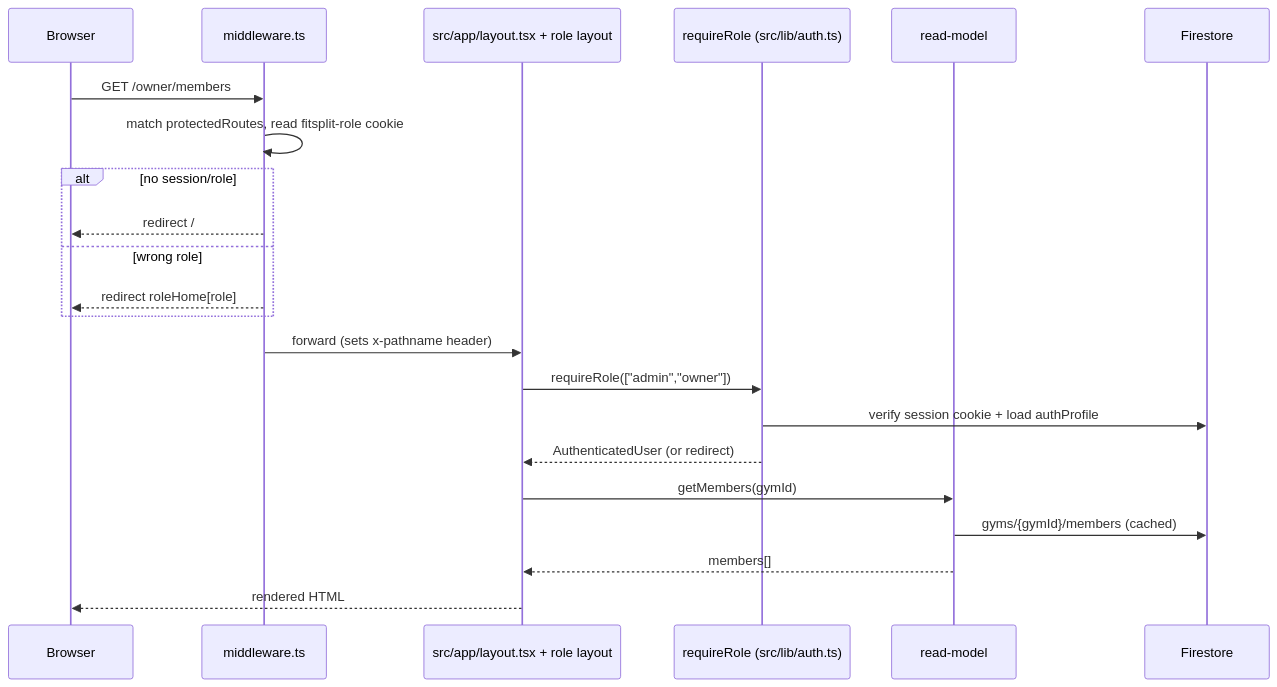
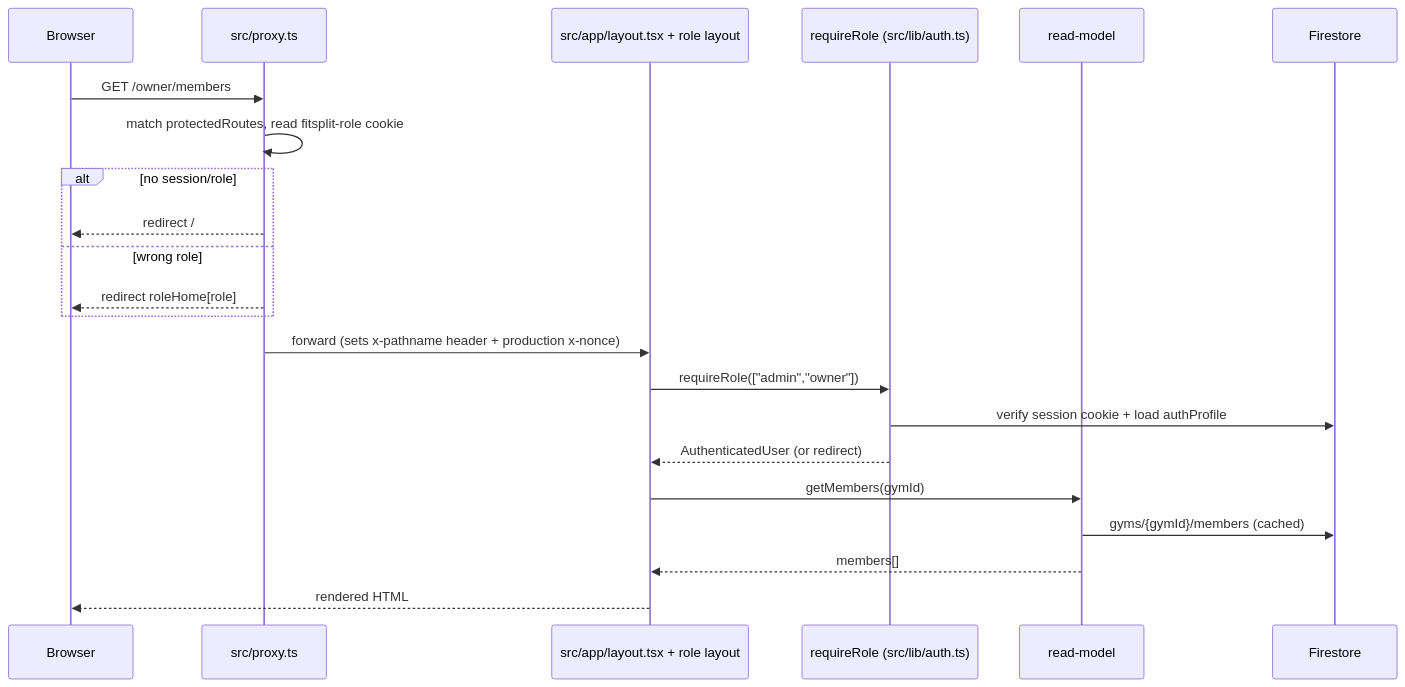
The second of 2 diagrams in docs/01_ARCHITECTURE.md (mehulchirania/FitSplit), drawn with Mermaid before and after one commit. The commit also changed other lines of this file and 42 other files, not shown here.

````diff
--- a/docs/01_ARCHITECTURE.md
+++ b/docs/01_ARCHITECTURE.md
@@ -82,24 +86,24 @@
 ```mermaid
 sequenceDiagram
   participant B as Browser
-  participant MW as middleware.ts
+  participant PX as src/proxy.ts
   participant L as src/app/layout.tsx + role layout
   participant G as requireRole (src/lib/auth.ts)
   participant RM as read-model
   participant FS as Firestore
-  B->>MW: GET /owner/members
-  MW->>MW: match protectedRoutes, read fitsplit-role cookie
+  B->>PX: GET /owner/members
+  PX->>PX: match protectedRoutes, read fitsplit-role cookie
   alt no session/role
-    MW-->>B: redirect /
+    PX-->>B: redirect /
   else wrong role
-    MW-->>B: redirect roleHome[role]
+    PX-->>B: redirect roleHome[role]
   end
-  MW->>L: forward (sets x-pathname header)
+  PX->>L: forward (sets x-pathname header + production x-nonce)
   L->>G: requireRole(["admin","owner"])
   G->>FS: verify session cookie + load authProfile
   G-->>L: AuthenticatedUser (or redirect)
   L->>RM: getMembers(gymId)
   RM->>FS: gyms/{gymId}/members (cached)
   RM-->>L: members[]
   L-->>B: rendered HTML
 ```
````
